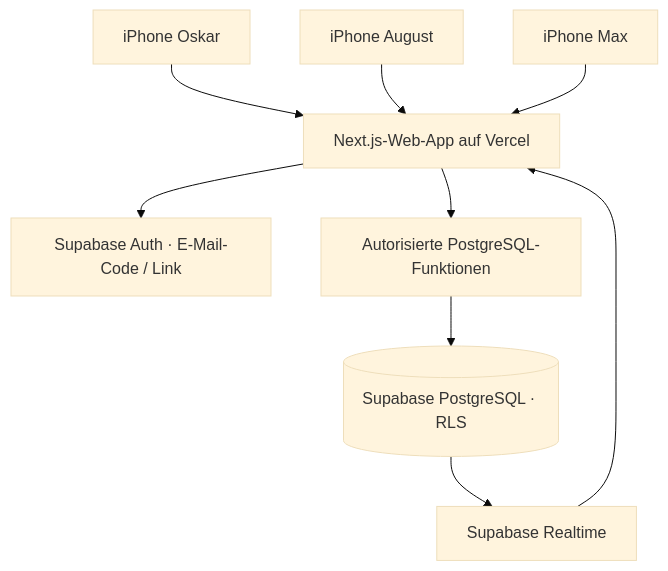
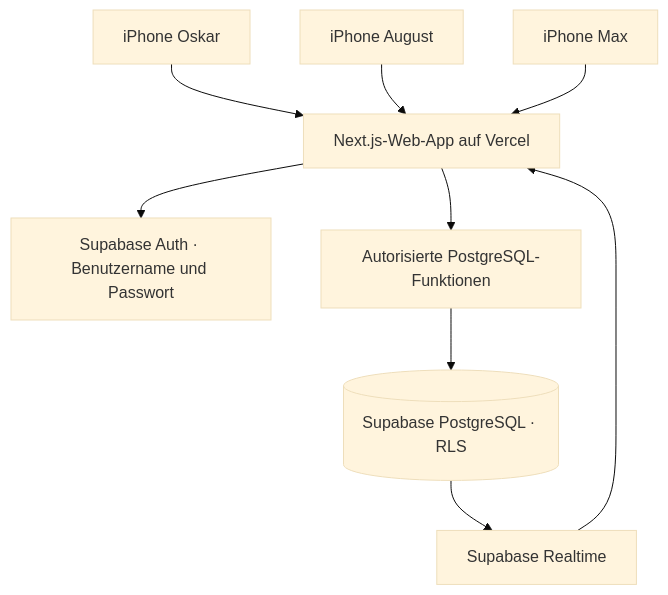
Before and after one commit to dnd67/dott-minuten: the diagram in docs/architecture.md, drawn with Mermaid (base theme). The commit also changed other lines of this file and 15 other files, not shown here.

````diff
--- a/docs/architecture.md
+++ b/docs/architecture.md
@@ -9,11 +9,11 @@
 ```mermaid
 flowchart TD
     A[iPhone Oskar] --> W[Next.js-Web-App auf Vercel]
     B[iPhone August] --> W
     C[iPhone Max] --> W
-    W --> Auth[Supabase Auth · E-Mail-Code / Link]
+    W --> Auth[Supabase Auth · Benutzername und Passwort]
     W --> RPC[Autorisierte PostgreSQL-Funktionen]
     RPC --> DB[(Supabase PostgreSQL · RLS)]
     DB --> RT[Supabase Realtime]
     RT --> W
 ```
````
